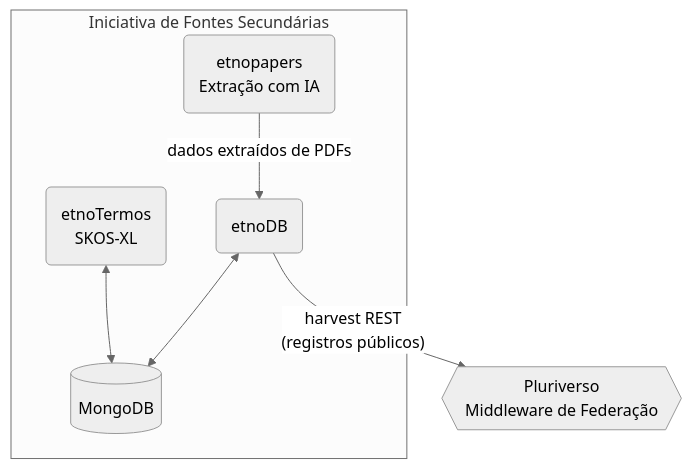
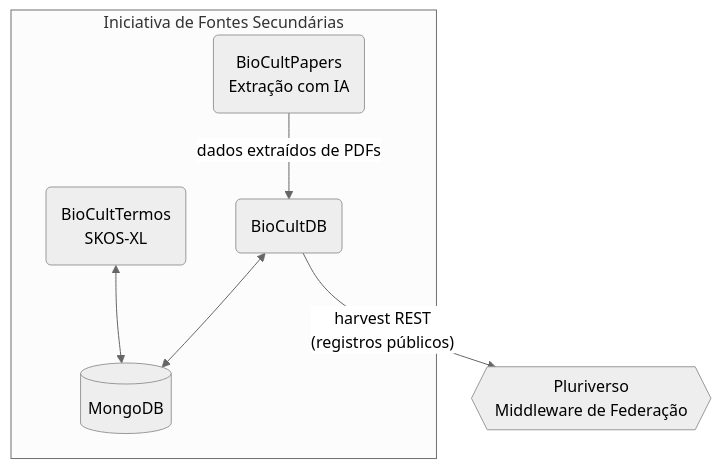
Before and after one commit to edalcin/BioCultPapers: the diagram in README.md, drawn with Mermaid (neutral theme). The commit also changed other lines of this file and 62 other files, not shown here.

First line of the commit message:
docs: atualizar referencias de etnopapers/etnoDB/etnoArquitetura/etnotermos para BioCultPapers/BioCultDB/Arquitetura-BioCultural/BioCultTermos

````diff
--- a/README.md
+++ b/README.md
@@ -347,12 +347,12 @@
 ```mermaid
 graph TD
     subgraph I1["Iniciativa de Fontes Secundárias"]
-        EP(etnopapers\nExtração com IA) -->|dados extraídos de PDFs| EDB(etnoDB)
+        EP(BioCultPapers\nExtração com IA) -->|dados extraídos de PDFs| EDB(BioCultDB)
         EDB <--> MDB[(MongoDB)]
-        ET(etnoTermos\nSKOS-XL) <--> MDB
+        ET(BioCultTermos\nSKOS-XL) <--> MDB
     end
 
     PL{{"Pluriverso\nMiddleware de Federação"}}
 
     EDB -->|"harvest REST\n(registros públicos)"| PL
 ```
````
